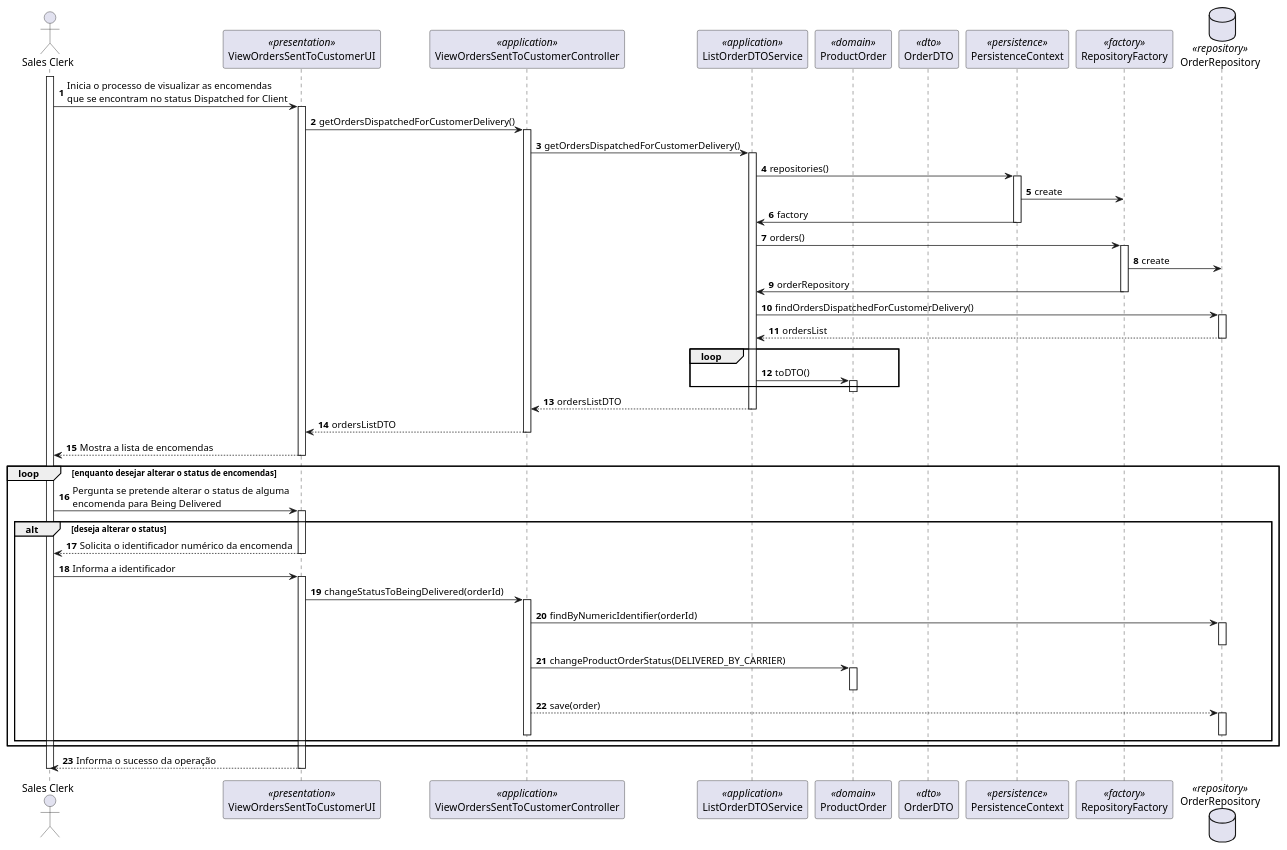
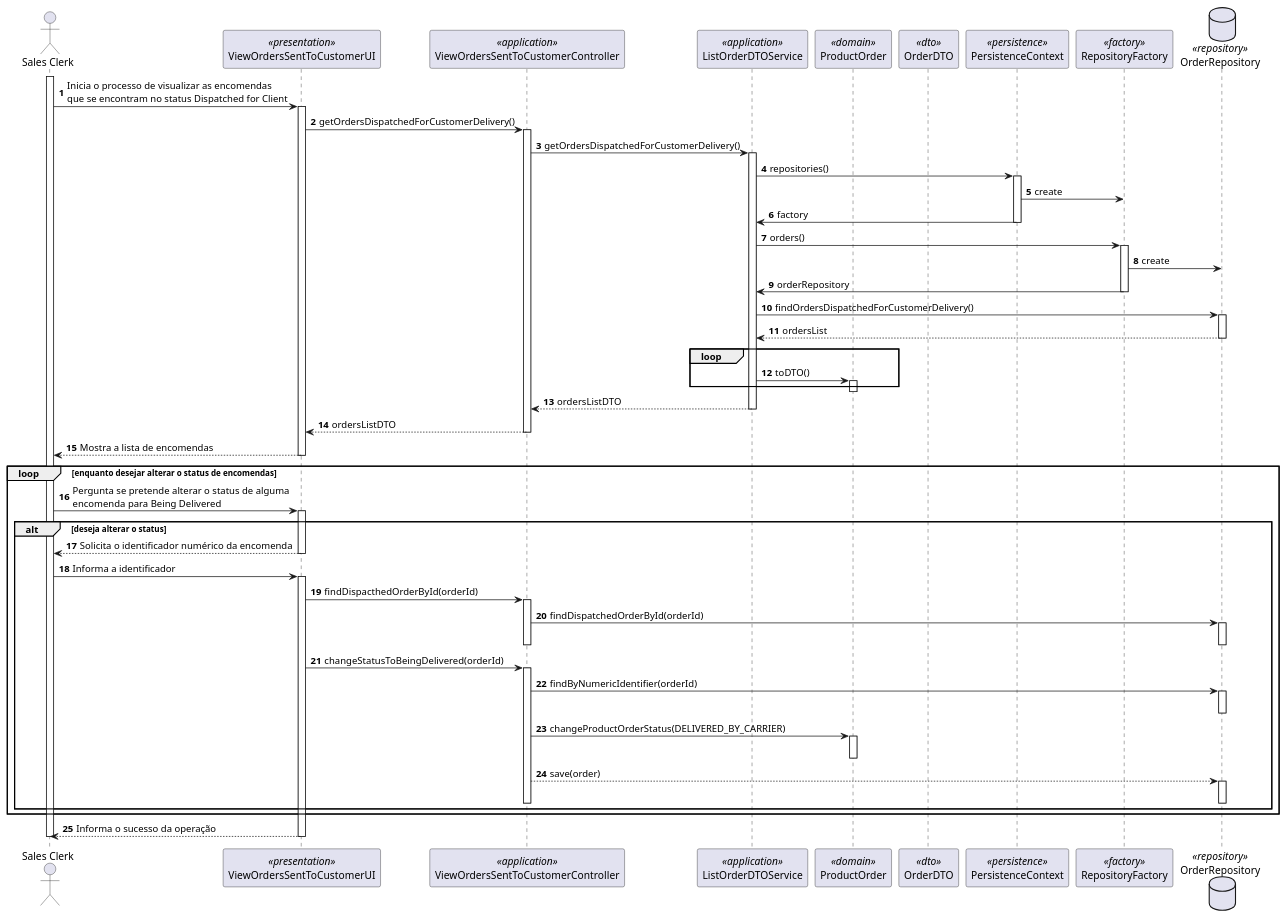
Before and after one commit to 0franciscor/lei21_22_s4_2de_01: the diagram in docs/1201386/US1006/SD_AlterarStatusDaOrderParaDelivered.puml, drawn with PlantUML. The commit also changed 1 other file, not shown here.

```diff
--- a/docs/1201386/US1006/SD_AlterarStatusDaOrderParaDelivered.puml
+++ b/docs/1201386/US1006/SD_AlterarStatusDaOrderParaDelivered.puml
@@ -1,72 +1,78 @@
 @startuml
 
 autonumber
 actor "Sales Clerk" as SC
 participant ViewOrdersSentToCustomerUI as UI <<presentation>>
 participant ViewOrdersSentToCustomerController as Controller <<application>>
 participant ListOrderDTOService as serv <<application>>
 participant "ProductOrder" as Domain <<domain>>
 participant "OrderDTO" as DTO <<dto>>
 participant PersistenceContext as Persistence <<persistence>>
 participant RepositoryFactory as Factory <<factory>>
 database OrderRepository as repository <<repository>>
 
 activate SC
 SC -> UI : Inicia o processo de visualizar as encomendas\nque se encontram no status Dispatched for Client
 activate UI
 UI -> Controller: getOrdersDispatchedForCustomerDelivery()
 activate Controller
 Controller -> serv: getOrdersDispatchedForCustomerDelivery()
 activate serv
 serv -> Persistence: repositories()
 activate Persistence
 Persistence -> Factory: create
 Persistence -> serv: factory
 deactivate Persistence
 serv -> Factory: orders()
 activate Factory
 Factory -> repository: create
 Factory -> serv: orderRepository
 deactivate Factory
 serv->repository:findOrdersDispatchedForCustomerDelivery()
 activate repository
 repository --> serv: ordersList
 deactivate repository
 loop
 serv -> Domain: toDTO()
 activate Domain
 end
 deactivate Domain
 serv --> Controller: ordersListDTO
 deactivate serv
 Controller --> UI: ordersListDTO
 deactivate Controller
 UI --> SC : Mostra a lista de encomendas
 deactivate UI
 loop enquanto desejar alterar o status de encomendas
 SC -> UI : Pergunta se pretende alterar o status de alguma\nencomenda para Being Delivered
 activate UI
 alt deseja alterar o status
 UI --> SC : Solicita o identificador numérico da encomenda
 deactivate UI
 SC -> UI : Informa a identificador
 activate UI
+UI -> Controller: findDispacthedOrderById(orderId)
+activate Controller
+Controller -> repository: findDispatchedOrderById(orderId)
+activate repository
+deactivate repository
+deactivate Controller
 UI -> Controller: changeStatusToBeingDelivered(orderId)
 activate Controller
 Controller->repository:findByNumericIdentifier(orderId)
 activate repository
 deactivate repository
 Controller -> Domain: changeProductOrderStatus(DELIVERED_BY_CARRIER)
 activate Domain
 deactivate Domain
 Controller --> repository: save(order)
 activate repository
 deactivate repository
 deactivate Controller
 end
 end
 UI --> SC : Informa o sucesso da operação
 deactivate UI
 deactivate SC
 
 @enduml
```
